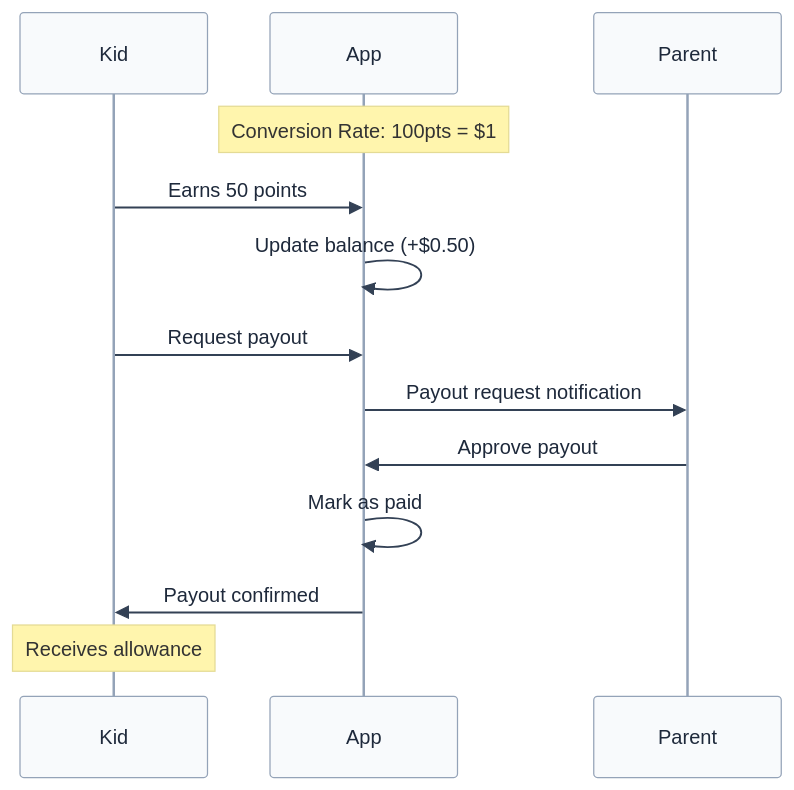
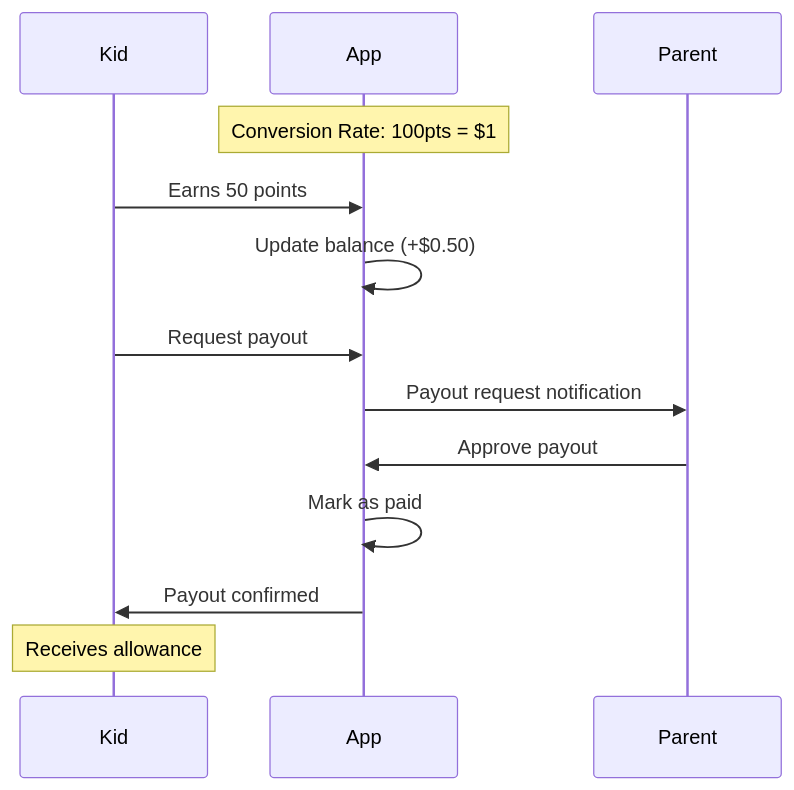
The eighth of 13 diagrams in docs/FEATURES.md (anisha-agarwal/chore-champions), drawn with Mermaid before and after one commit. The commit also changed other lines of this file and 2 other files, not shown here.

First line of the commit message:
Use default Mermaid theme for cleaner diagrams

````diff
--- a/docs/FEATURES.md
+++ b/docs/FEATURES.md
@@ -213,21 +213,21 @@
 ```mermaid
-%%{init: {'theme': 'base', 'themeVariables': {'primaryColor': '#6366f1', 'primaryTextColor': '#fff', 'primaryBorderColor': '#4f46e5', 'lineColor': '#94a3b8', 'secondaryColor': '#f1f5f9', 'actorTextColor': '#1e293b', 'actorBkg': '#f8fafc', 'actorBorder': '#94a3b8', 'signalColor': '#334155', 'signalTextColor': '#1e293b'}}}%%
+%%{init: {'theme': 'default'}}%%
 sequenceDiagram
     participant Kid
     participant App
     participant Parent
 
     Note over App: Conversion Rate: 100pts = $1
 
     Kid->>App: Earns 50 points
     App->>App: Update balance (+$0.50)
 
     Kid->>App: Request payout
     App->>Parent: Payout request notification
 
     Parent->>App: Approve payout
     App->>App: Mark as paid
     App->>Kid: Payout confirmed
 
     Note over Kid: Receives allowance
 ```
````
